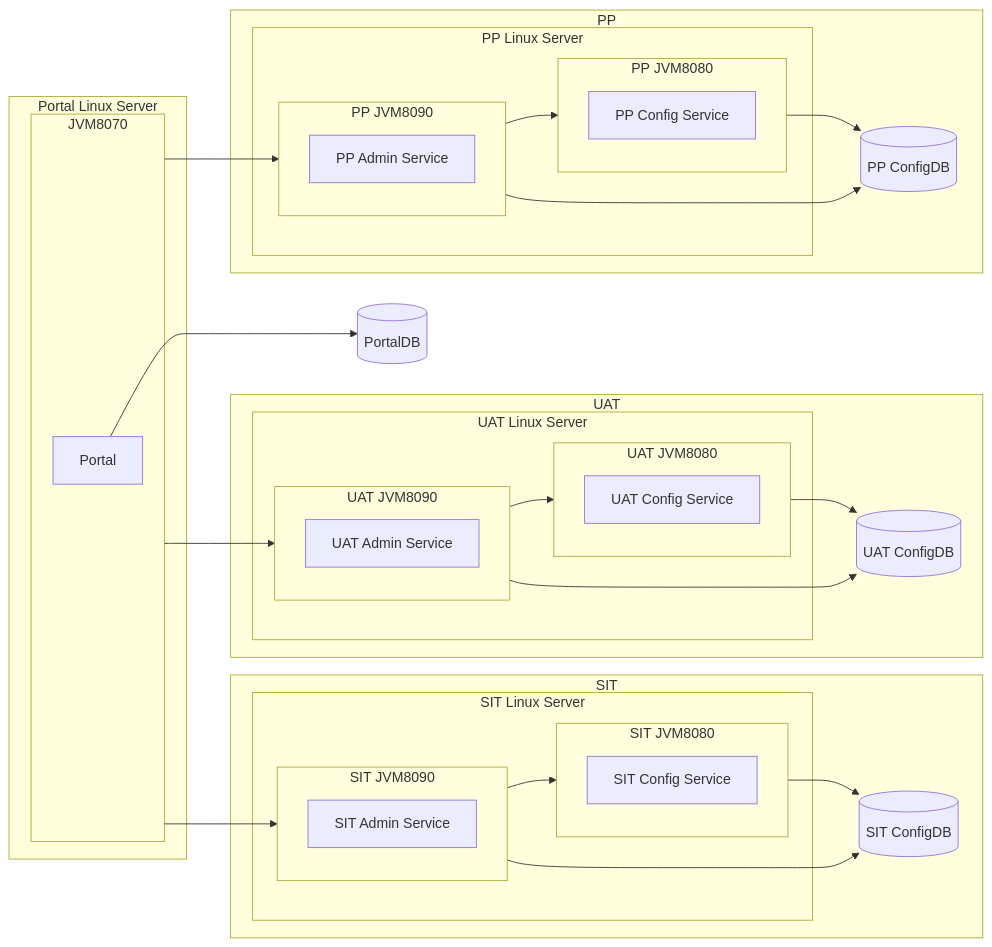
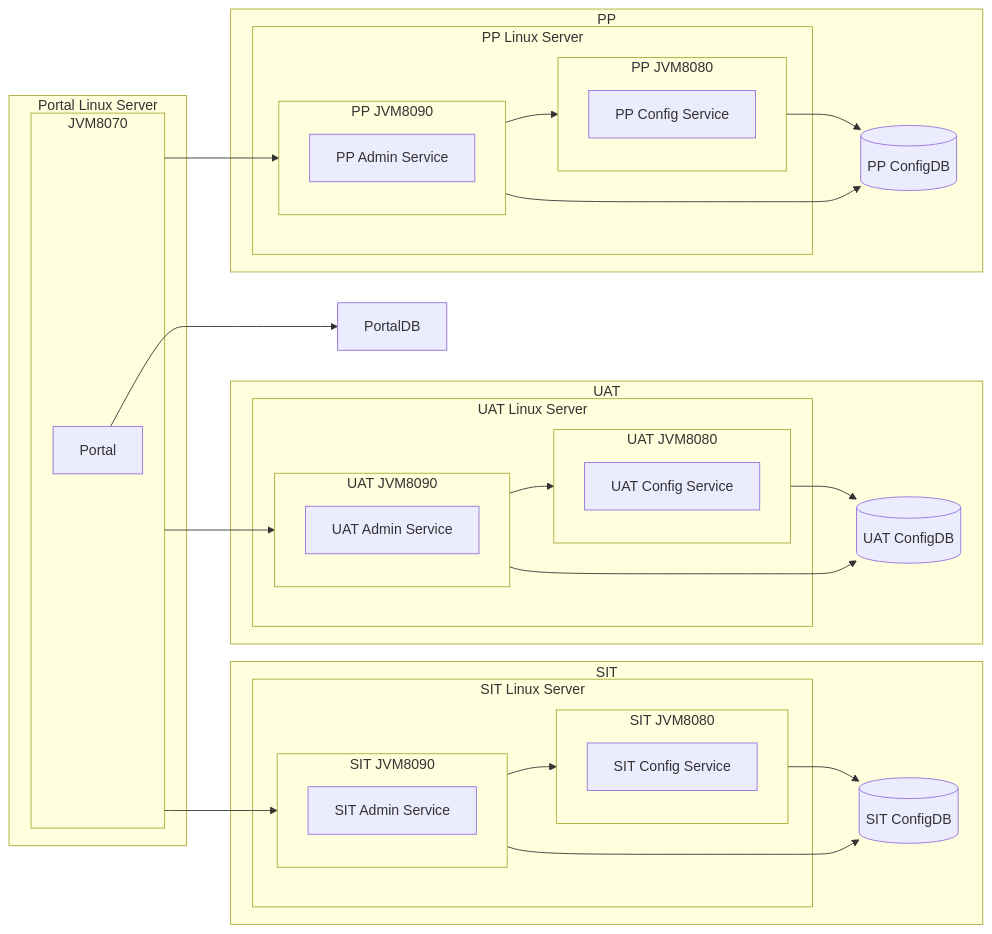
One commit to apolloconfig/apollo changed diagram 15 of 19 in docs/zh/deployment/deployment-architecture.md. Above: the diagram before and after it, drawn with Mermaid. The commit also changed other lines of this file, not shown here.

````diff
--- a/docs/zh/deployment/deployment-architecture.md
+++ b/docs/zh/deployment/deployment-architecture.md
@@ -501,79 +499,79 @@
 ```mermaid
 flowchart LR
 	p[Portal]
-	portaldb[(PortalDB)]
+	portaldb[PortalDB]
 	p --> portaldb
 	
 	subgraph Portal Linux Server
 		subgraph JVM8070
 			p
 		end
 	end
 
 	subgraph SIT
         c1[SIT Config Service]
         a1[SIT Admin Service]
 
         configdb1[(SIT ConfigDB)]
 
         subgraph SIT Linux Server
             subgraph sit-jvm-8080[SIT JVM8080]
                 c1
             end
             subgraph sit-jvm-8090[SIT JVM8090]
                 a1
             end
         end
 
         sit-jvm-8080 --> configdb1
         sit-jvm-8090 --> configdb1
         
         sit-jvm-8090 --> sit-jvm-8080
 	end
 
 	subgraph UAT
         c2[UAT Config Service]
         a2[UAT Admin Service]
 
         configdb2[(UAT ConfigDB)]
 
         subgraph UAT Linux Server
             subgraph uat-jvm-8080[UAT JVM8080]
                 c2
             end
             subgraph uat-jvm-8090[UAT JVM8090]
                 a2
             end
         end
 
         uat-jvm-8080 --> configdb2
         uat-jvm-8090 --> configdb2
         
         uat-jvm-8090 --> uat-jvm-8080
 	end
 	
 	subgraph PP
         c3[PP Config Service]
         a3[PP Admin Service]
 
         configdb3[(PP ConfigDB)]
 
         subgraph PP Linux Server
             subgraph pp-jvm-8080[PP JVM8080]
                 c3
             end
             subgraph pp-jvm-8090[PP JVM8090]
                 a3
             end
         end
 
         pp-jvm-8080 --> configdb3
         pp-jvm-8090 --> configdb3
         
         pp-jvm-8090 --> pp-jvm-8080
 	end
 
 	JVM8070 --> sit-jvm-8090
 	JVM8070 --> uat-jvm-8090
 	JVM8070 --> pp-jvm-8090
 ```
````
